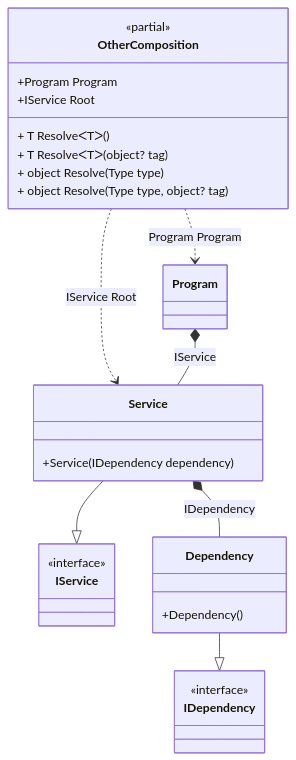
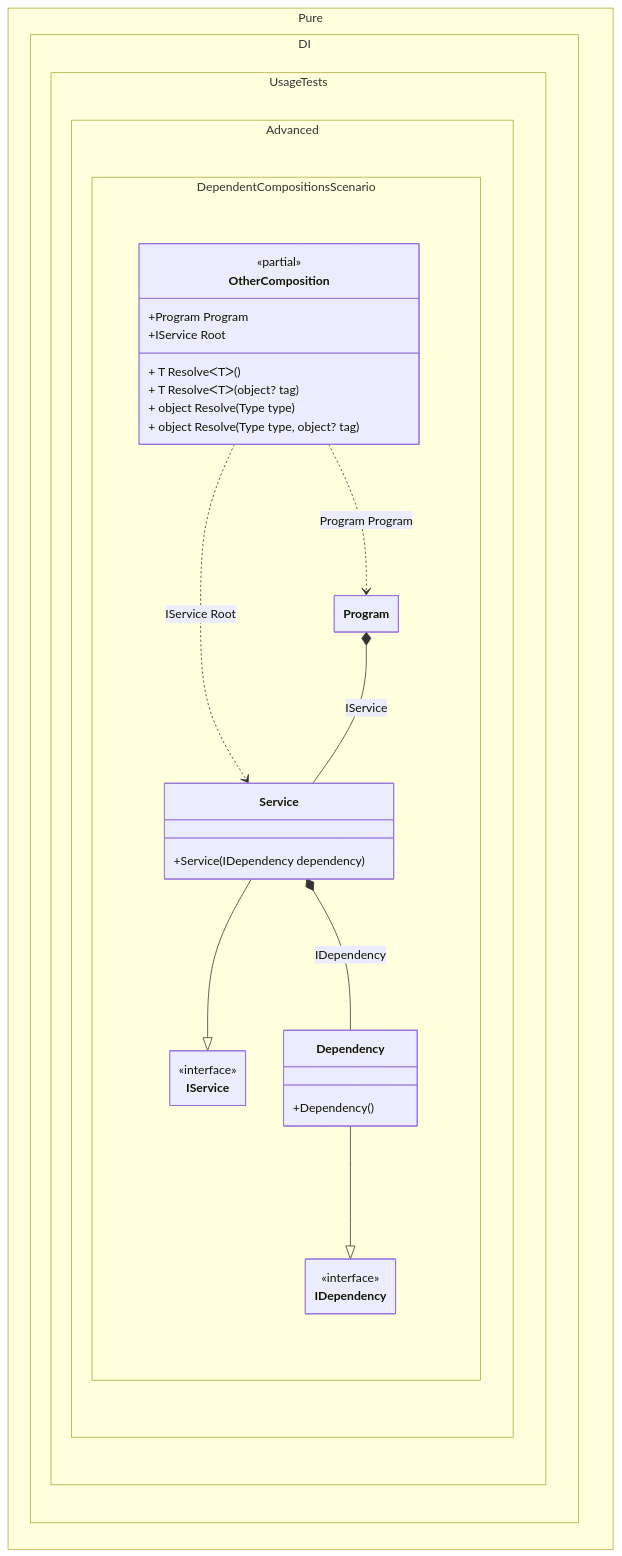
One commit to DevTeam/Pure.DI changed the diagram in readme/dependent-compositions.md. Above: the diagram before and after it, drawn with Mermaid. The commit also changed 103 other files, not shown here.

Commit message:
Improved class diagrams

````diff
--- a/readme/dependent-compositions.md
+++ b/readme/dependent-compositions.md
@@ -369,30 +369,39 @@
 ```mermaid
+---
+ config:
+  class:
+   hideEmptyMembersBox: true
+---
 classDiagram
-	class OtherComposition {
+	Service --|> IService
+	Dependency --|> IDependency
+	OtherComposition ..> Program : Program Program
+	OtherComposition ..> Service : IService Root
+	Program *--  Service : IService
+	Service *--  Dependency : IDependency
+	namespace Pure.DI.UsageTests.Advanced.DependentCompositionsScenario {
+		class Dependency {
+			+Dependency()
+		}
+		class IDependency {
+			<<interface>>
+		}
+		class IService {
+			<<interface>>
+		}
+		class OtherComposition {
 		<<partial>>
 		+Program Program
 		+IService Root
 		+ T ResolveᐸTᐳ()
 		+ T ResolveᐸTᐳ(object? tag)
 		+ object Resolve(Type type)
 		+ object Resolve(Type type, object? tag)
+		}
+		class Program {
+		}
+		class Service {
+			+Service(IDependency dependency)
+		}
 	}
-	Service --|> IService
-	class Service {
-		+Service(IDependency dependency)
-	}
-	Dependency --|> IDependency
-	class Dependency {
-		+Dependency()
-	}
-	class IService {
-		<<interface>>
-	}
-	class IDependency {
-		<<interface>>
-	}
-	OtherComposition ..> Program : Program Program
-	OtherComposition ..> Service : IService Root
-	Program *--  Service : IService
-	Service *--  Dependency : IDependency
 ```
````
